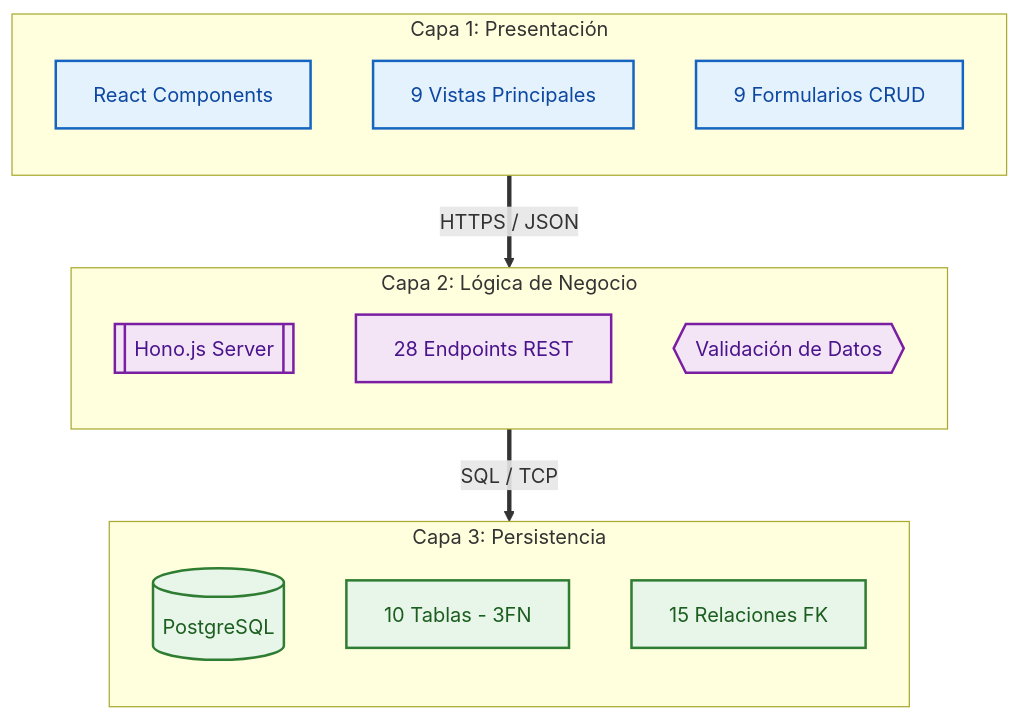
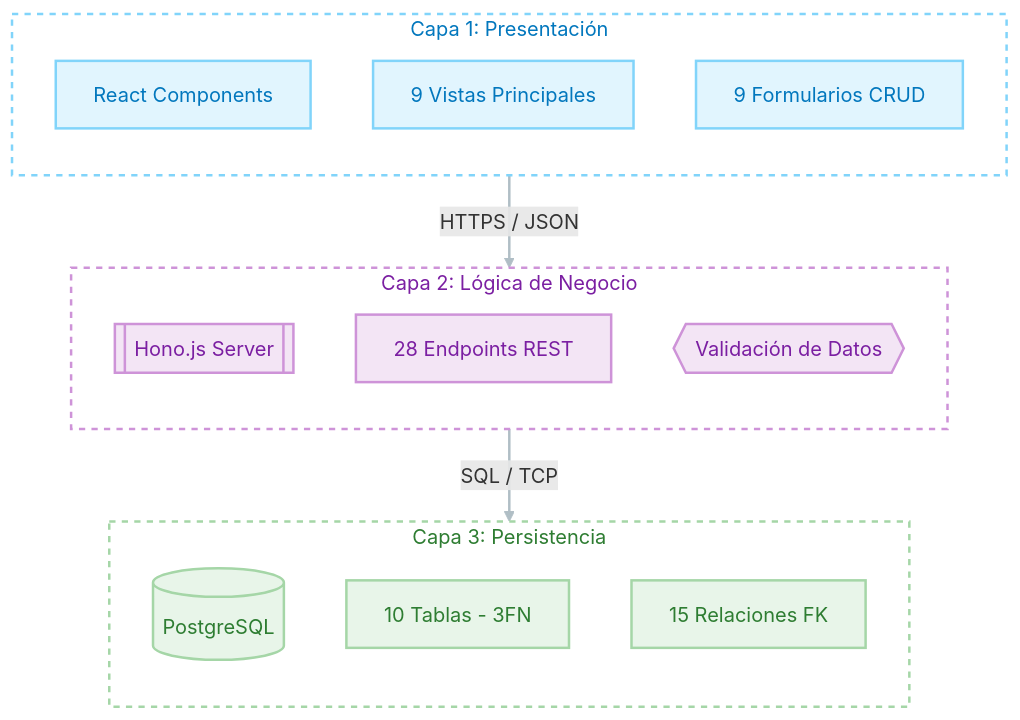
The first of 4 diagrams in docs/ARCHITECTURE.md (jhulio435m/iot-management-system), drawn with Mermaid before and after one commit.

Commit message:
anarosi yalaza

````diff
--- a/docs/ARCHITECTURE.md
+++ b/docs/ARCHITECTURE.md
@@ -27,38 +27,49 @@
 ```mermaid
 graph TD
-    %% Definición de estilos profesionales
-    classDef frontend fill:#e3f2fd,stroke:#1565c0,stroke-width:2px,color:#0d47a1;
-    classDef backend fill:#f3e5f5,stroke:#7b1fa2,stroke-width:2px,color:#4a148c;
-    classDef database fill:#e8f5e9,stroke:#2e7d32,stroke-width:2px,color:#1b5e20;
+    %% --- DEFINICIÓN DE PALETA PASTEL ---
+    %% Frontend: Azul muy suave (Pastel) - Texto azul oscuro
+    classDef frontend fill:#e1f5fe,stroke:#81d4fa,stroke-width:2px,color:#0277bd;
     
-    %% Configuración del Grafo
+    %% Backend: Lila suave (Pastel) - Texto violeta oscuro
+    classDef backend fill:#f3e5f5,stroke:#ce93d8,stroke-width:2px,color:#7b1fa2;
+    
+    %% Database: Verde menta suave (Pastel) - Texto verde oscuro
+    classDef database fill:#e8f5e9,stroke:#a5d6a7,stroke-width:2px,color:#2e7d32;
+    
+    %% Configuración de líneas suaves
+    linkStyle default stroke:#b0bec5,stroke-width:2px;
+
+    %% --- GRUPO 1: CLIENTE ---
     subgraph Client [" Capa 1: Presentación "]
         direction TB
-        Componentes[React Components]
-        Vistas[9 Vistas Principales]
-        Forms[9 Formularios CRUD]
+        Componentes[React Components]:::frontend
+        Vistas[9 Vistas Principales]:::frontend
+        Forms[9 Formularios CRUD]:::frontend
     end
     
-    subgraph Server [" Capa 2: Lógica de Negocio "]
+    %% --- GRUPO 2: SERVIDOR ---
+    subgraph Server ["Capa 2: Lógica de Negocio "]
         direction TB
-        Hono[[Hono.js Server]]
-        Endpoints[28 Endpoints REST]
-        Validacion{{Validación de Datos}}
+        Hono[[Hono.js Server]]:::backend
+        Endpoints[28 Endpoints REST]:::backend
+        Validacion{{Validación de Datos}}:::backend
     end
     
-    subgraph DB [" Capa 3: Persistencia "]
+    %% --- GRUPO 3: BASE DE DATOS ---
+    subgraph DB ["Capa 3: Persistencia "]
         direction TB
-        Postgres[(PostgreSQL)]
-        Tablas[10 Tablas - 3FN]
-        FK[15 Relaciones FK]
+        Postgres[(PostgreSQL)]:::database
+        Tablas[10 Tablas - 3FN]:::database
+        FK[15 Relaciones FK]:::database
     end
     
-    %% Relaciones
+    %% --- RELACIONES ---
     Client ==>|"HTTPS / JSON"| Server
     Server ==>|"SQL / TCP"| DB
     
-    %% Asignación de estilos
-    class Componentes,Vistas,Forms frontend;
-    class Hono,Endpoints,Validacion backend;
-    class Postgres,Tablas,FK database;
+    %% --- ESTILOS DE SUBGRAFOS (COMPATIBILIDAD DARK/LIGHT) ---
+    %% Usamos fill:none para que el fondo sea transparente y se adapte al tema de GitHub
+    style Client fill:none,stroke:#81d4fa,stroke-width:2px,stroke-dasharray: 5 5,color:#0277bd
+    style Server fill:none,stroke:#ce93d8,stroke-width:2px,stroke-dasharray: 5 5,color:#7b1fa2
+    style DB fill:none,stroke:#a5d6a7,stroke-width:2px,stroke-dasharray: 5 5,color:#2e7d32
 ```
````
